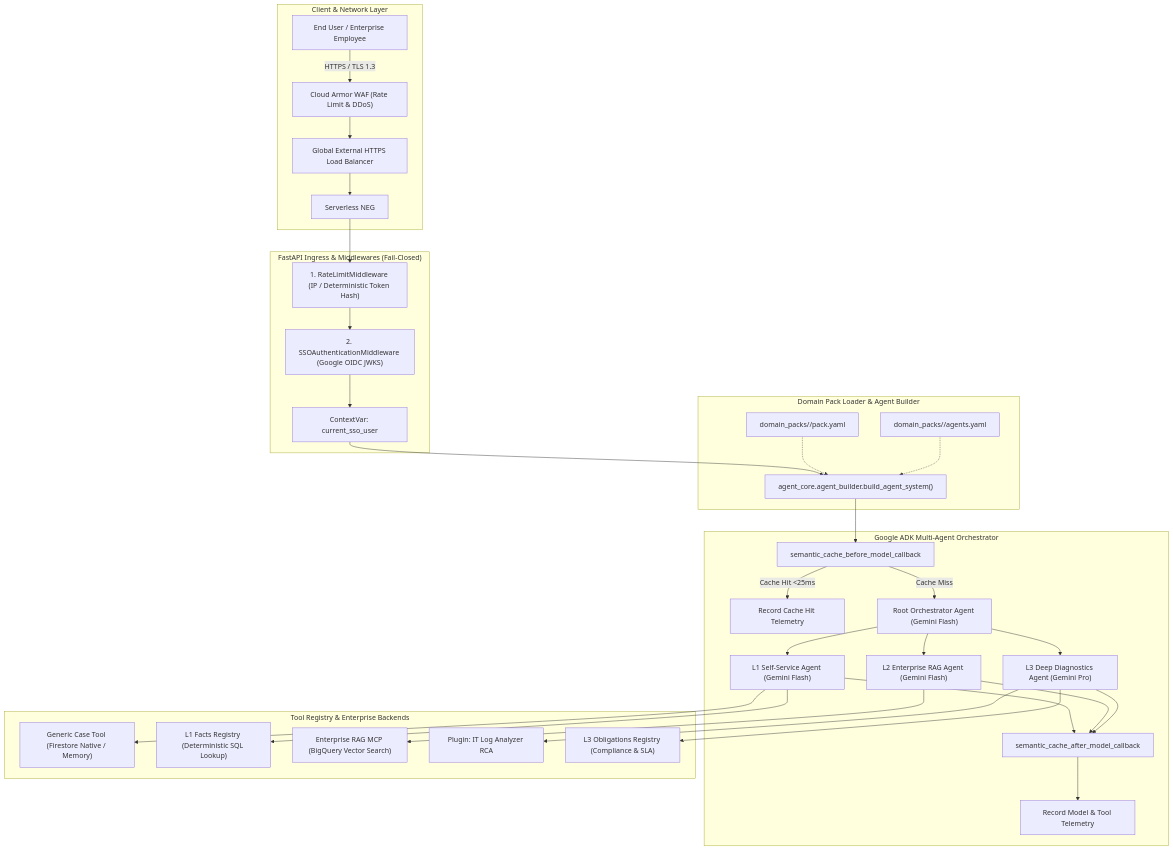
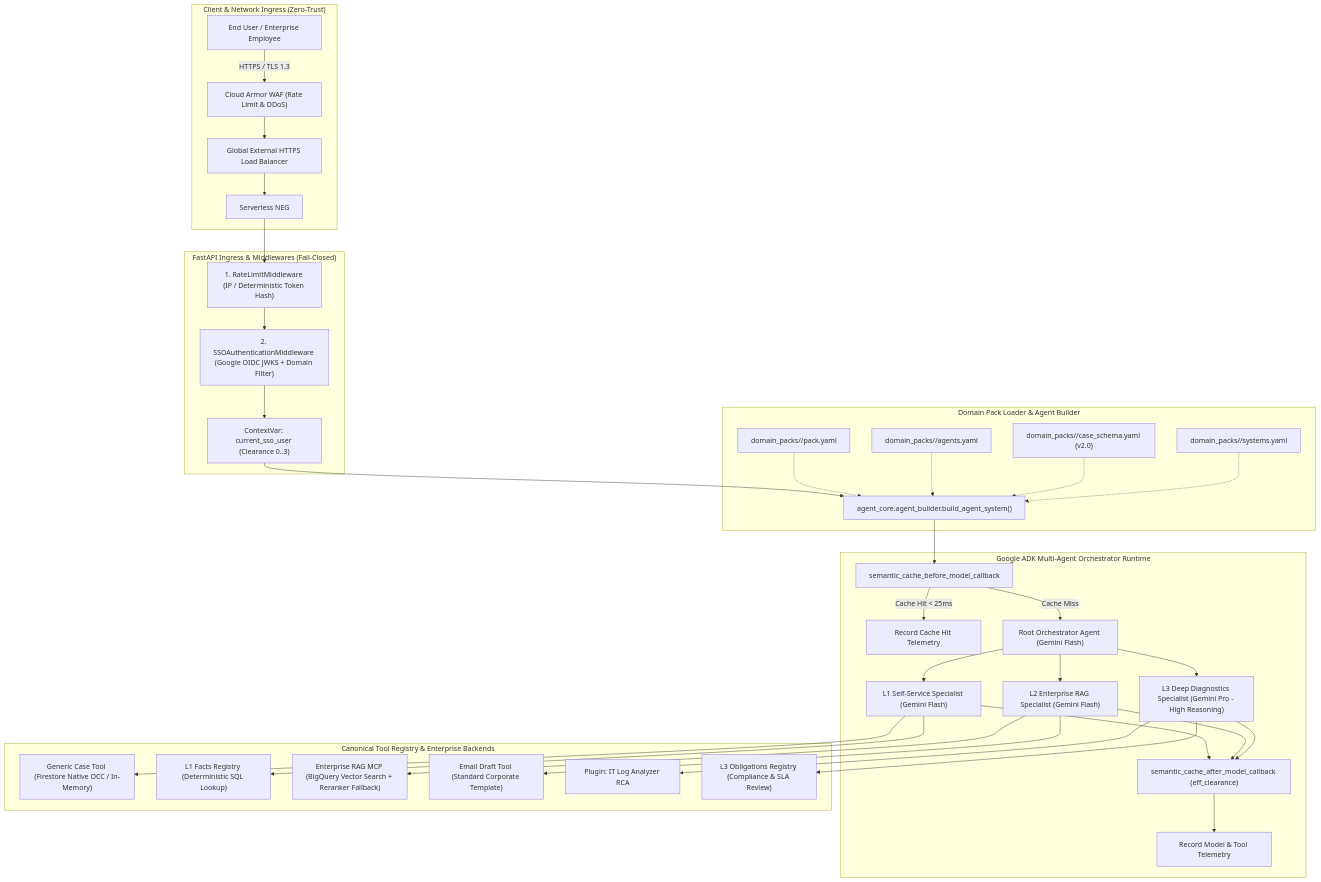
One commit to TrongDucLuu/enterprise-multi-agent-platform changed the first of 2 diagrams in Technical_Specification.md. Above: the diagram before and after it, drawn with Mermaid. The commit also changed other lines of this file, not shown here.

First line of the commit message:
docs: update Technical_Specification.md to v2.2.0-Enterprise

````diff
--- a/Technical_Specification.md
+++ b/Technical_Specification.md
@@ -42,43 +45,46 @@
 ```mermaid
 flowchart TD
-    subgraph ClientLayer ["Client & Network Layer"]
+    subgraph ClientLayer ["Client & Network Ingress (Zero-Trust)"]
         User["End User / Enterprise Employee"] -->|HTTPS / TLS 1.3| CloudArmor["Cloud Armor WAF (Rate Limit & DDoS)"]
         CloudArmor --> ExtLB["Global External HTTPS Load Balancer"]
         ExtLB --> ServerlessNEG["Serverless NEG"]
     end
 
     subgraph MiddlewareLayer ["FastAPI Ingress & Middlewares (Fail-Closed)"]
         ServerlessNEG --> RateLimitMW["1. RateLimitMiddleware (IP / Deterministic Token Hash)"]
-        RateLimitMW --> SSOMW["2. SSOAuthenticationMiddleware (Google OIDC JWKS)"]
-        SSOMW --> ContextVar["ContextVar: current_sso_user"]
+        RateLimitMW --> SSOMW["2. SSOAuthenticationMiddleware (Google OIDC JWKS + Domain Filter)"]
+        SSOMW --> ContextVar["ContextVar: current_sso_user (Clearance 0..3)"]
     end
 
     subgraph DomainResolution ["Domain Pack Loader & Agent Builder"]
         ContextVar --> Builder["agent_core.agent_builder.build_agent_system()"]
         YAML_Pack["domain_packs/<pack_id>/pack.yaml"] -.-> Builder
         YAML_Agents["domain_packs/<pack_id>/agents.yaml"] -.-> Builder
+        YAML_Schema["domain_packs/<pack_id>/case_schema.yaml (v2.0)"] -.-> Builder
+        YAML_Systems["domain_packs/<pack_id>/systems.yaml"] -.-> Builder
     end
 
-    subgraph AgentRuntime ["Google ADK Multi-Agent Orchestrator"]
+    subgraph AgentRuntime ["Google ADK Multi-Agent Orchestrator Runtime"]
         Builder --> BeforeCB["semantic_cache_before_model_callback"]
-        BeforeCB -->|Cache Hit <25ms| TelemetryCache["Record Cache Hit Telemetry"]
+        BeforeCB -->|Cache Hit < 25ms| TelemetryCache["Record Cache Hit Telemetry"]
         BeforeCB -->|Cache Miss| RootAgent["Root Orchestrator Agent (Gemini Flash)"]
         
-        RootAgent --> Sub1["L1 Self-Service Agent (Gemini Flash)"]
-        RootAgent --> Sub2["L2 Enterprise RAG Agent (Gemini Flash)"]
-        RootAgent --> Sub3["L3 Deep Diagnostics Agent (Gemini Pro)"]
+        RootAgent --> Sub1["L1 Self-Service Specialist (Gemini Flash)"]
+        RootAgent --> Sub2["L2 Enterprise RAG Specialist (Gemini Flash)"]
+        RootAgent --> Sub3["L3 Deep Diagnostics Specialist (Gemini Pro - High Reasoning)"]
         
-        Sub1 --> AfterCB["semantic_cache_after_model_callback"]
+        Sub1 --> AfterCB["semantic_cache_after_model_callback (eff_clearance)"]
         Sub2 --> AfterCB
         Sub3 --> AfterCB
         AfterCB --> TelemetryModel["Record Model & Tool Telemetry"]
     end
 
-    subgraph ToolRegistryBackends ["Tool Registry & Enterprise Backends"]
-        Sub1 --> CaseTool["Generic Case Tool (Firestore Native / Memory)"]
+    subgraph ToolRegistryBackends ["Canonical Tool Registry & Enterprise Backends"]
+        Sub1 --> CaseTool["Generic Case Tool (Firestore Native OCC / In-Memory)"]
         Sub1 --> FactTool["L1 Facts Registry (Deterministic SQL Lookup)"]
-        Sub2 --> RAG_MCP["Enterprise RAG MCP (BigQuery Vector Search)"]
+        Sub2 --> RAG_MCP["Enterprise RAG MCP (BigQuery Vector Search + Reranker Fallback)"]
+        Sub2 --> EmailTool["Email Draft Tool (Standard Corporate Template)"]
         Sub3 --> PluginLog["Plugin: IT Log Analyzer RCA"]
-        Sub3 --> ObligationTool["L3 Obligations Registry (Compliance & SLA)"]
+        Sub3 --> ObligationTool["L3 Obligations Registry (Compliance & SLA Review)"]
     end
 ```
````
